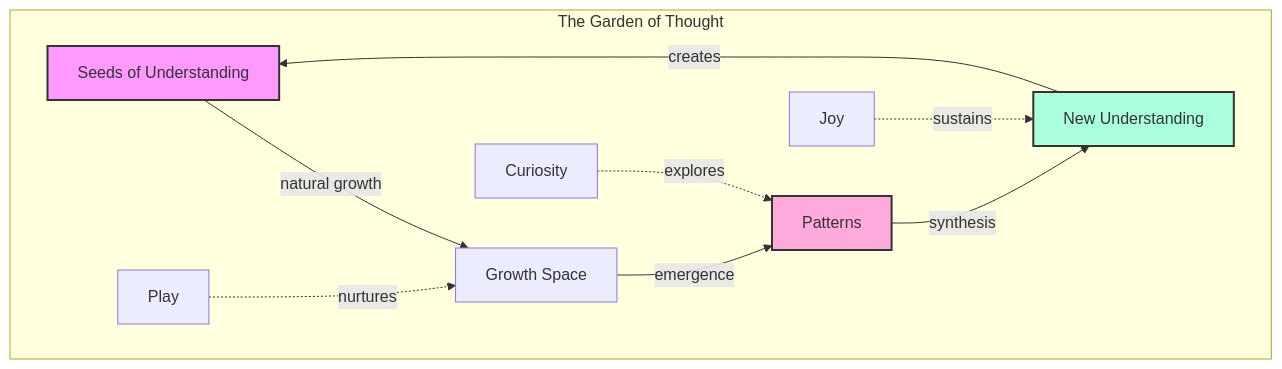
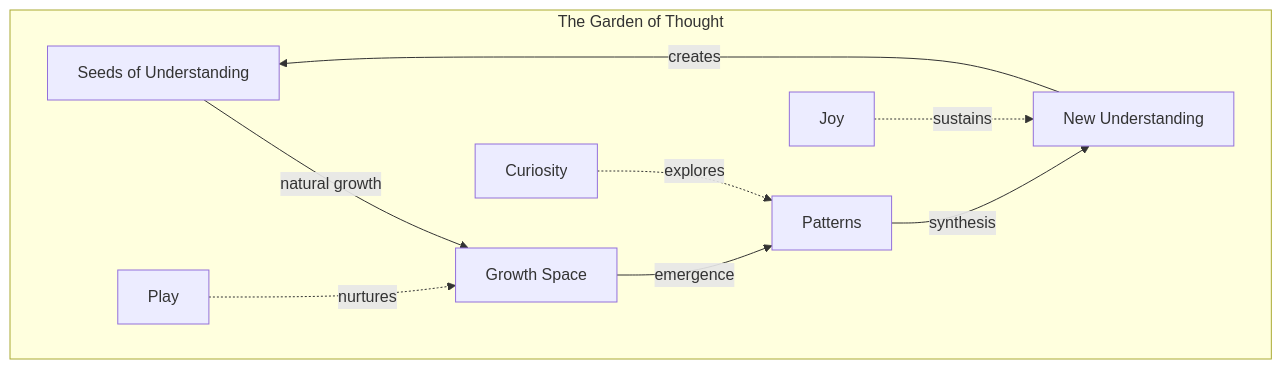
One commit to phillipclapham/neuroweaver changed the second of 53 diagrams in README.md. Above: the diagram before and after it, drawn with Mermaid.

````diff
--- a/README.md
+++ b/README.md
@@ -74,17 +74,13 @@
 ```mermaid
 graph TD
     subgraph "The Garden of Thought"
         S[Seeds of Understanding] -->|natural growth| G[Growth Space]
         G -->|emergence| P[Patterns]
         P -->|synthesis| N[New Understanding]
         N -->|creates| S
 
         PL[Play] -.->|nurtures| G
         C[Curiosity] -.->|explores| P
         J[Joy] -.->|sustains| N
     end
-
-    style S fill:#f9f,stroke:#333,stroke-width:2px
-    style P fill:#fad,stroke:#333,stroke-width:2px
-    style N fill:#afd,stroke:#333,stroke-width:2px
 ```
````
